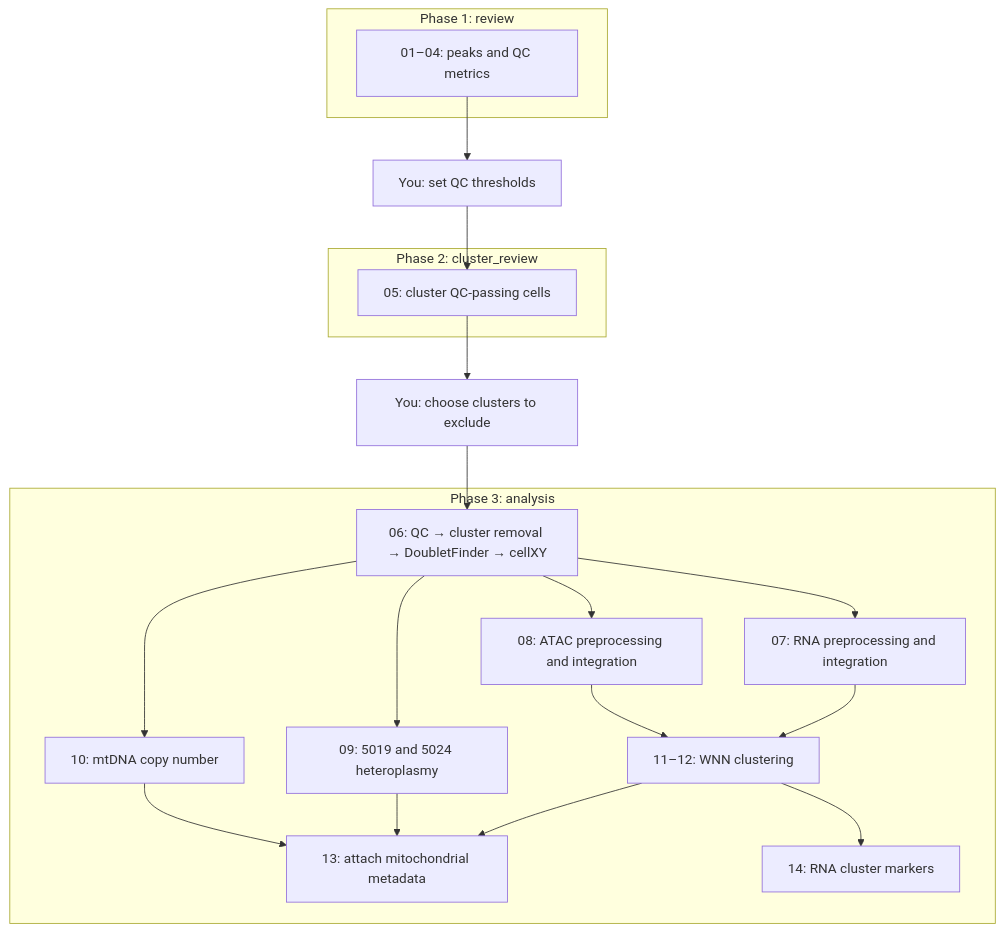
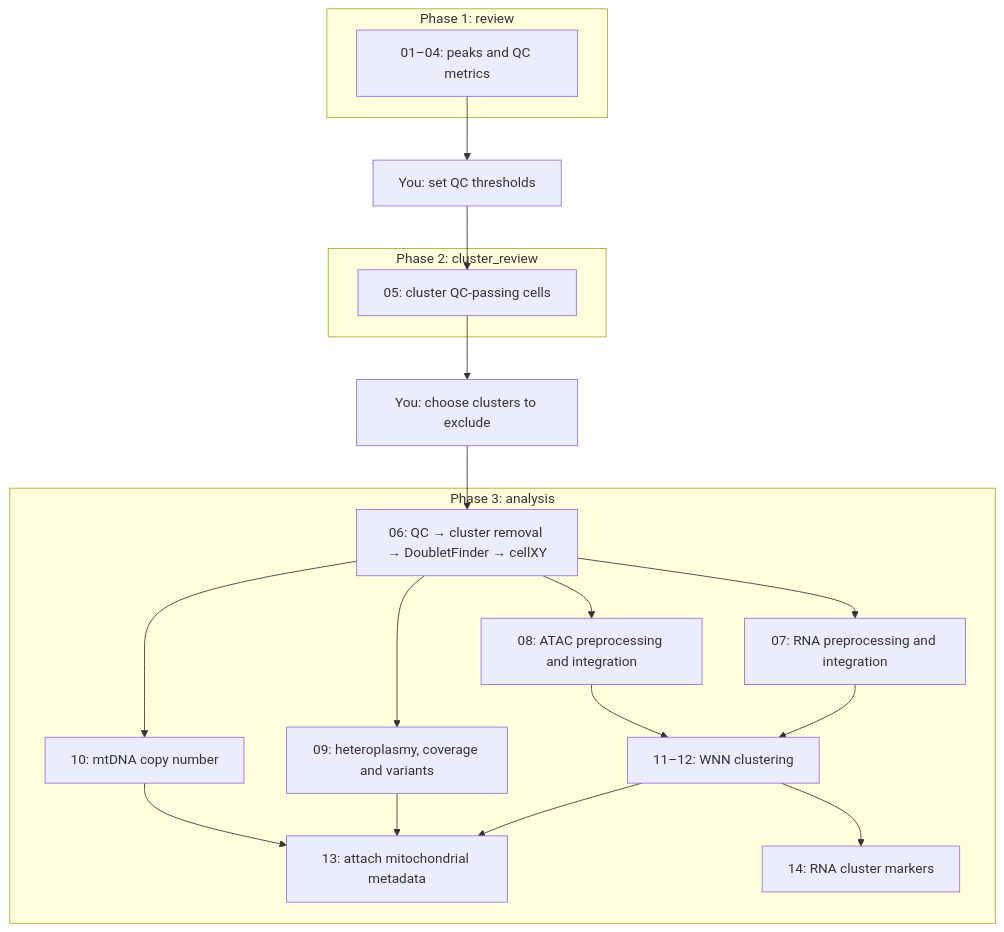
One commit to YuelinYao/Stage_Multiome_Nextflow changed the diagram in README.md. Above: the diagram before and after it, drawn with Mermaid. The commit also changed other lines of this file and 5 other files, not shown here.

````diff
--- a/README.md
+++ b/README.md
@@ -120,26 +152,26 @@
 ```mermaid
 flowchart TD
   subgraph P1["Phase 1: review"]
     REVIEW["01–04: peaks and QC metrics"]
   end
   REVIEW --> THRESHOLDS["You: set QC thresholds"]
   subgraph P2["Phase 2: cluster_review"]
     CLUSTER_REVIEW["05: cluster QC-passing cells"]
   end
   THRESHOLDS --> CLUSTER_REVIEW
   CLUSTER_REVIEW --> EXCLUSIONS["You: choose clusters to exclude"]
   subgraph P3["Phase 3: analysis"]
     QC["06: QC → cluster removal → DoubletFinder → cellXY"]
     QC --> RNA["07: RNA preprocessing and integration"]
     QC --> ATAC["08: ATAC preprocessing and integration"]
-    QC --> MGATK["09: 5019 and 5024 heteroplasmy"]
+    QC --> MGATK["09: heteroplasmy, coverage and variants"]
     QC --> CN["10: mtDNA copy number"]
     RNA --> WNN["11–12: WNN clustering"]
     ATAC --> WNN
     WNN --> ADD["13: attach mitochondrial metadata"]
     MGATK --> ADD
     CN --> ADD
     WNN --> DEG["14: RNA cluster markers"]
   end
   EXCLUSIONS --> QC
 ```
````
